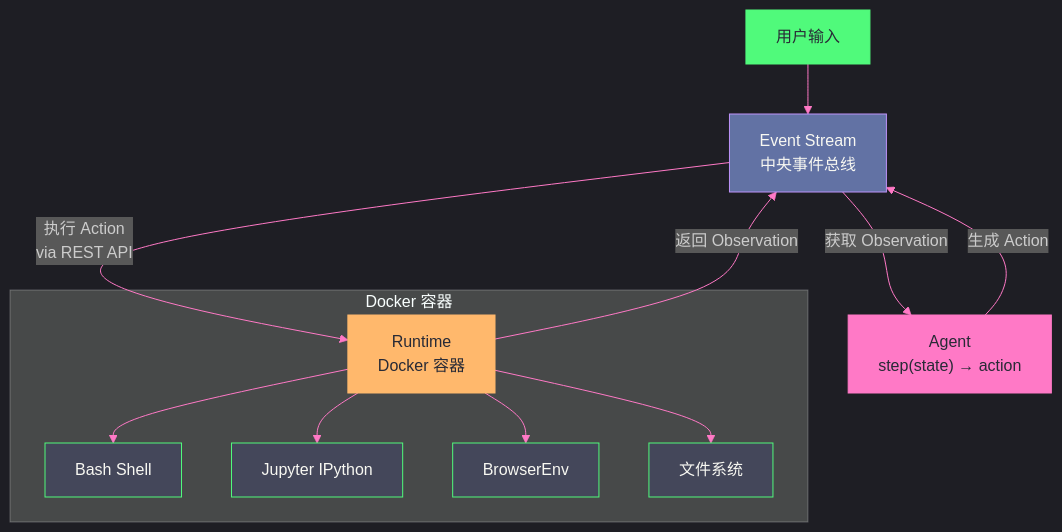
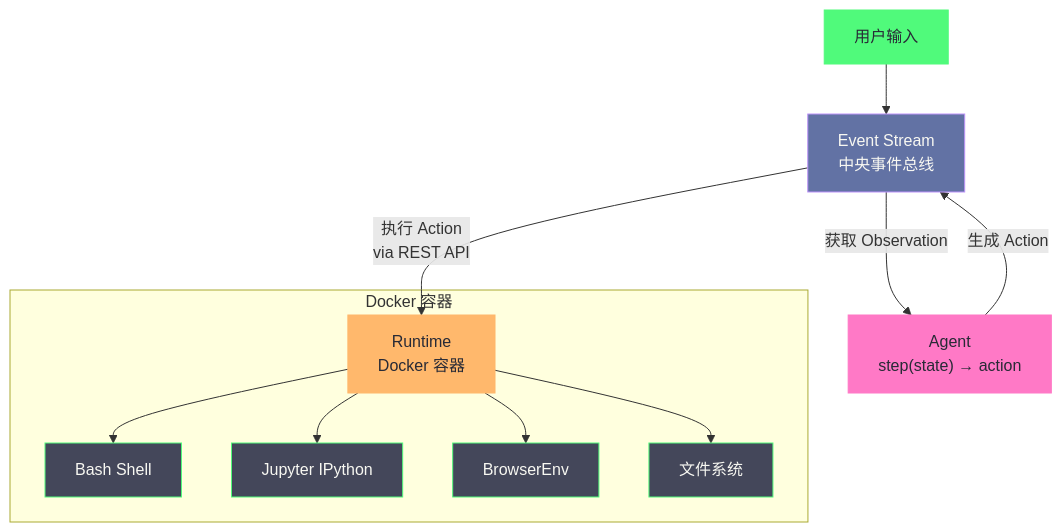
Before and after one commit to hpliStartAgain/my-brain: the first of 2 diagrams in content/LLM/Agent技术/Coding-Agent解构/19 OpenHands 与 Aider——开源 Coding Agent 的两种哲学.md, drawn with Mermaid. The commit also changed other lines of this file and 4 other files, not shown here.

````diff
--- a/content/LLM/Agent技术/Coding-Agent解构/19 OpenHands 与 Aider——开源 Coding Agent 的两种哲学.md
+++ b/content/LLM/Agent技术/Coding-Agent解构/19 OpenHands 与 Aider——开源 Coding Agent 的两种哲学.md
@@ -30,28 +41,27 @@
 ```mermaid
-%%{init: {'theme': 'dark', 'themeVariables': {'primaryColor': '#6272a4', 'primaryTextColor': '#f8f8f2', 'primaryBorderColor': '#bd93f9', 'lineColor': '#ff79c6', 'secondaryColor': '#44475a', 'tertiaryColor': '#282a36'}}}%%
+%%{init: {'theme': 'dracula', 'themeVariables': {'primaryColor': '#6272a4', 'primaryTextColor': '#f8f8f2', 'primaryBorderColor': '#bd93f9', 'lineColor': '#ff79c6', 'secondaryColor': '#44475a', 'tertiaryColor': '#282a36'}}%%
 graph TD
     USER["用户输入"] --> ES["Event Stream<br/>中央事件总线"]
     AGENT["Agent<br/>step(state) → action"] -->|"生成 Action"| ES
     ES -->|"获取 Observation"| AGENT
     ES -->|"执行 Action<br/>via REST API"| RT["Runtime<br/>Docker 容器"]
-    RT -->|"返回 Observation"| ES
 
     subgraph "Docker 容器"
         RT --> BASH["Bash Shell"]
         RT --> JUPYTER["Jupyter IPython"]
         RT --> BROWSER["BrowserEnv"]
         RT --> FS["文件系统"]
     end
 
     classDef user fill:#50fa7b,stroke:#50fa7b,color:#282a36
     classDef stream fill:#6272a4,stroke:#bd93f9,color:#f8f8f2
     classDef agent fill:#ff79c6,stroke:#ff79c6,color:#282a36
     classDef runtime fill:#ffb86c,stroke:#ffb86c,color:#282a36
     classDef container fill:#44475a,stroke:#50fa7b,color:#f8f8f2
 
     class USER user
     class ES stream
     class AGENT agent
     class RT runtime
     class BASH,JUPYTER,BROWSER,FS container
 ```
````
